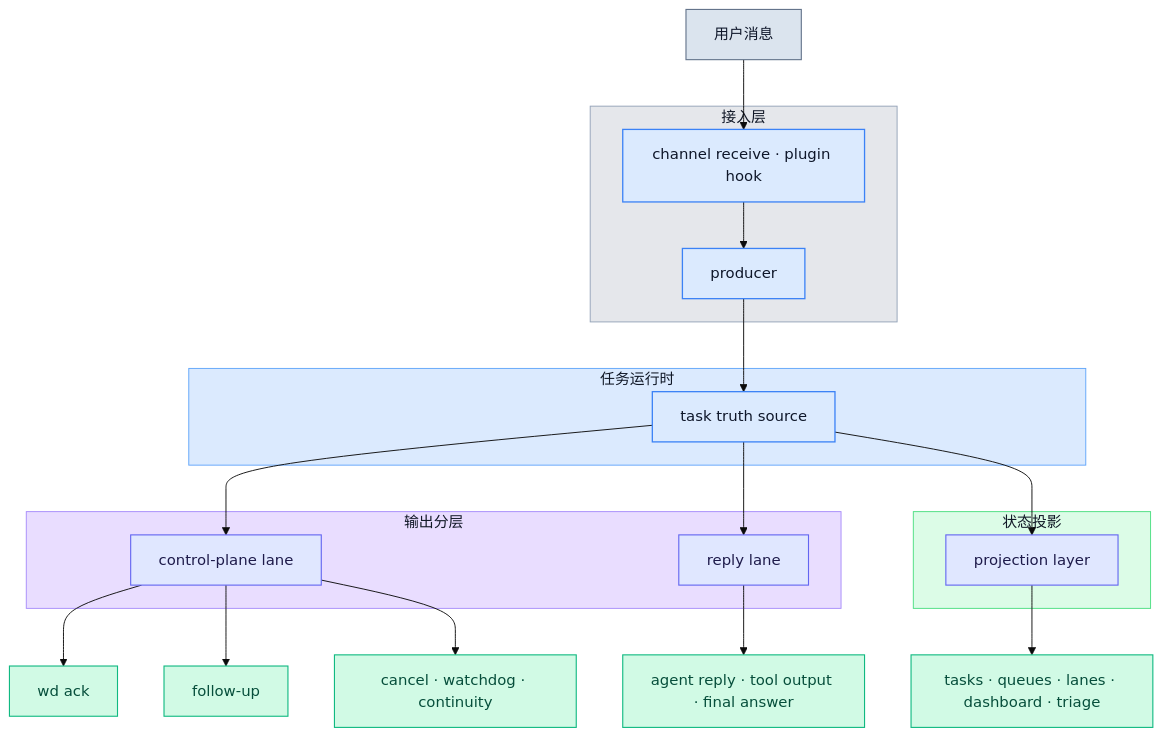
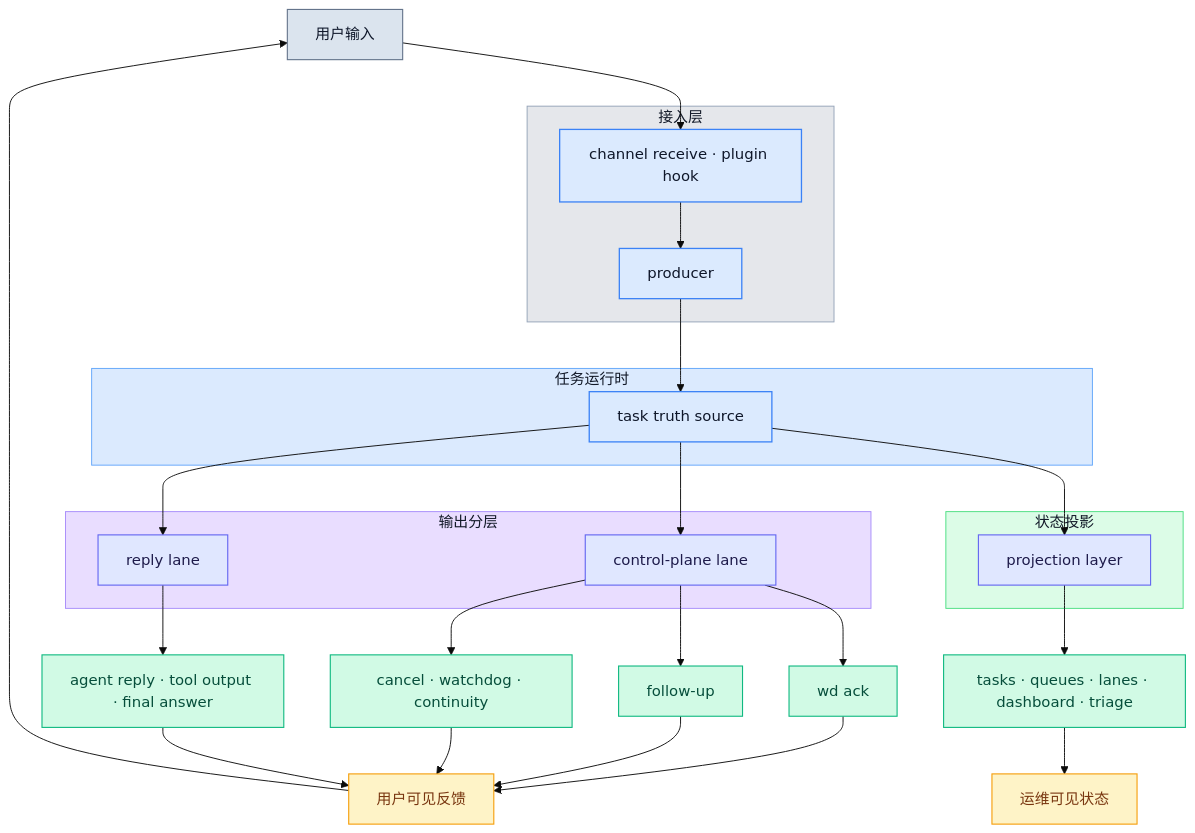
Before and after one commit to redcreen/openclaw-task-system: the first of 2 diagrams in docs/architecture.md, drawn with Mermaid (base theme). The commit also changed other lines of this file, not shown here.

Commit message:
Close user feedback loop in architecture diagrams

````diff
--- a/docs/architecture.md
+++ b/docs/architecture.md
@@ -23,47 +23,57 @@
 ```mermaid
 flowchart TD
     classDef source fill:#dbe4ee,stroke:#64748b,color:#0f172a,stroke-width:1.2px;
     classDef core fill:#dbeafe,stroke:#3b82f6,color:#0f172a,stroke-width:1.4px;
     classDef lane fill:#e0e7ff,stroke:#6366f1,color:#1e1b4b,stroke-width:1.2px;
     classDef output fill:#d1fae5,stroke:#10b981,color:#064e3b,stroke-width:1.2px;
+    classDef visible fill:#fef3c7,stroke:#f59e0b,color:#78350f,stroke-width:1.2px;
     style intake fill:#e5e7eb,stroke:#94a3b8,stroke-width:1px,color:#111827
     style runtime fill:#dbeafe,stroke:#60a5fa,stroke-width:1px,color:#111827
     style lanes fill:#e9ddff,stroke:#a78bfa,stroke-width:1px,color:#111827
     style projection fill:#dcfce7,stroke:#4ade80,stroke-width:1px,color:#111827
 
-    U["用户消息"]
+    U["用户输入"]
+    UX["用户可见反馈"]
+    OPS["运维可见状态"]
 
     subgraph intake["接入层"]
         R["channel receive · plugin hook"]
         P["producer"]
     end
 
     subgraph runtime["任务运行时"]
         T["task truth source"]
     end
 
     subgraph lanes["输出分层"]
         C["control-plane lane"]
         A["reply lane"]
     end
 
     subgraph projection["状态投影"]
         V["projection layer"]
     end
 
     U --> R --> P --> T
     T --> C
     T --> A
     T --> V
 
     C --> C1["wd ack"]
     C --> C2["follow-up"]
     C --> C3["cancel · watchdog · continuity"]
     A --> A1["agent reply · tool output · final answer"]
     V --> V1["tasks · queues · lanes · dashboard · triage"]
+    C1 --> UX
+    C2 --> UX
+    C3 --> UX
+    A1 --> UX
+    V1 --> OPS
+    UX --> U
 
     class U source
     class R,P,T core
     class C,A,V lane
     class C1,C2,C3,A1,V1 output
+    class UX,OPS visible
 ```
````
